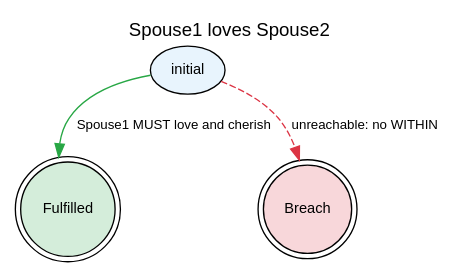
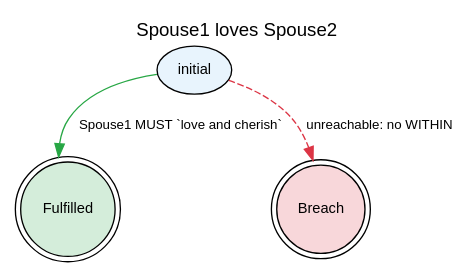
One commit to legalese/l4-ide changed the diagram in jl4/examples/state-graphs/Spouse1lovesSpouse2.dot. Above: the diagram before and after it, drawn with Graphviz. The commit also changed 93 other files, not shown here.

```diff
--- a/jl4/examples/state-graphs/Spouse1lovesSpouse2.dot
+++ b/jl4/examples/state-graphs/Spouse1lovesSpouse2.dot
@@ -1,32 +1,32 @@
 digraph {
     graph [rankdir=TB
           ,label="Spouse1 loves Spouse2"
           ,labelloc=t
           ,fontname=Helvetica
           ,fontsize=14];
     node [fontname=Helvetica
          ,fontsize=11];
     edge [fontname=Helvetica
          ,fontsize=10];
     0 [label=initial
       ,fillcolor=white
       ,style=filled
       ,shape=ellipse
       ,fillcolor="#e8f4fd"];
     1 [label=Fulfilled
       ,fillcolor=white
       ,style=filled
       ,shape=doublecircle
       ,fillcolor="#d4edda"];
     2 [label=Breach
       ,fillcolor=white
       ,style=filled
       ,shape=doublecircle
       ,fillcolor="#f8d7da"];
-    0 -> 1 [label="Spouse1 MUST love and cherish"
+    0 -> 1 [label="Spouse1 MUST `love and cherish`"
            ,color="#28a745"
            ,style=solid];
     0 -> 2 [label="unreachable: no WITHIN"
            ,color="#dc3545"
            ,style=dashed];
 }
```
